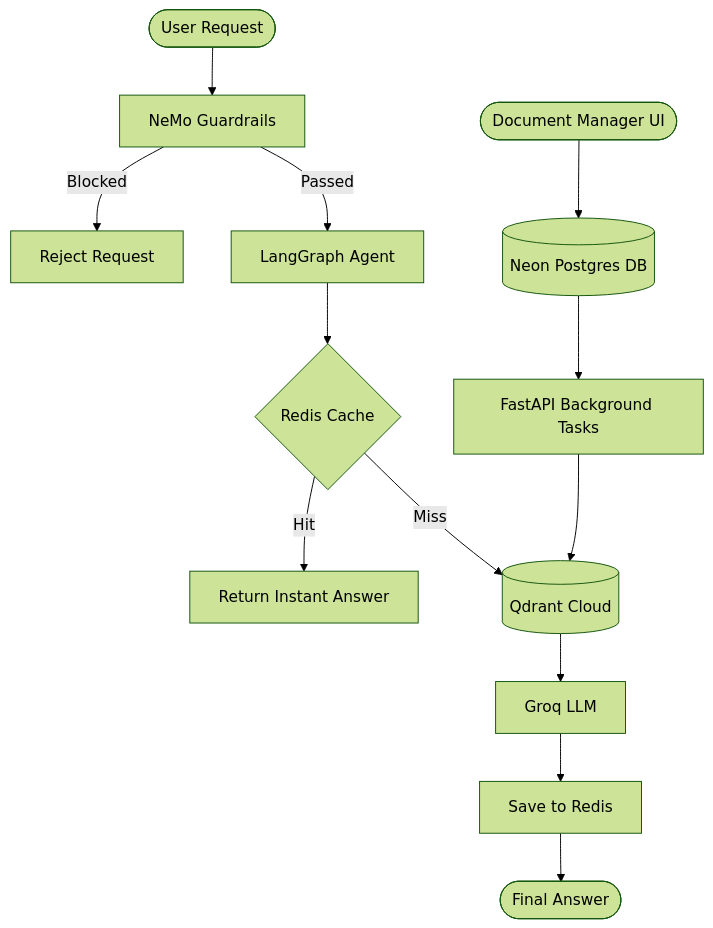
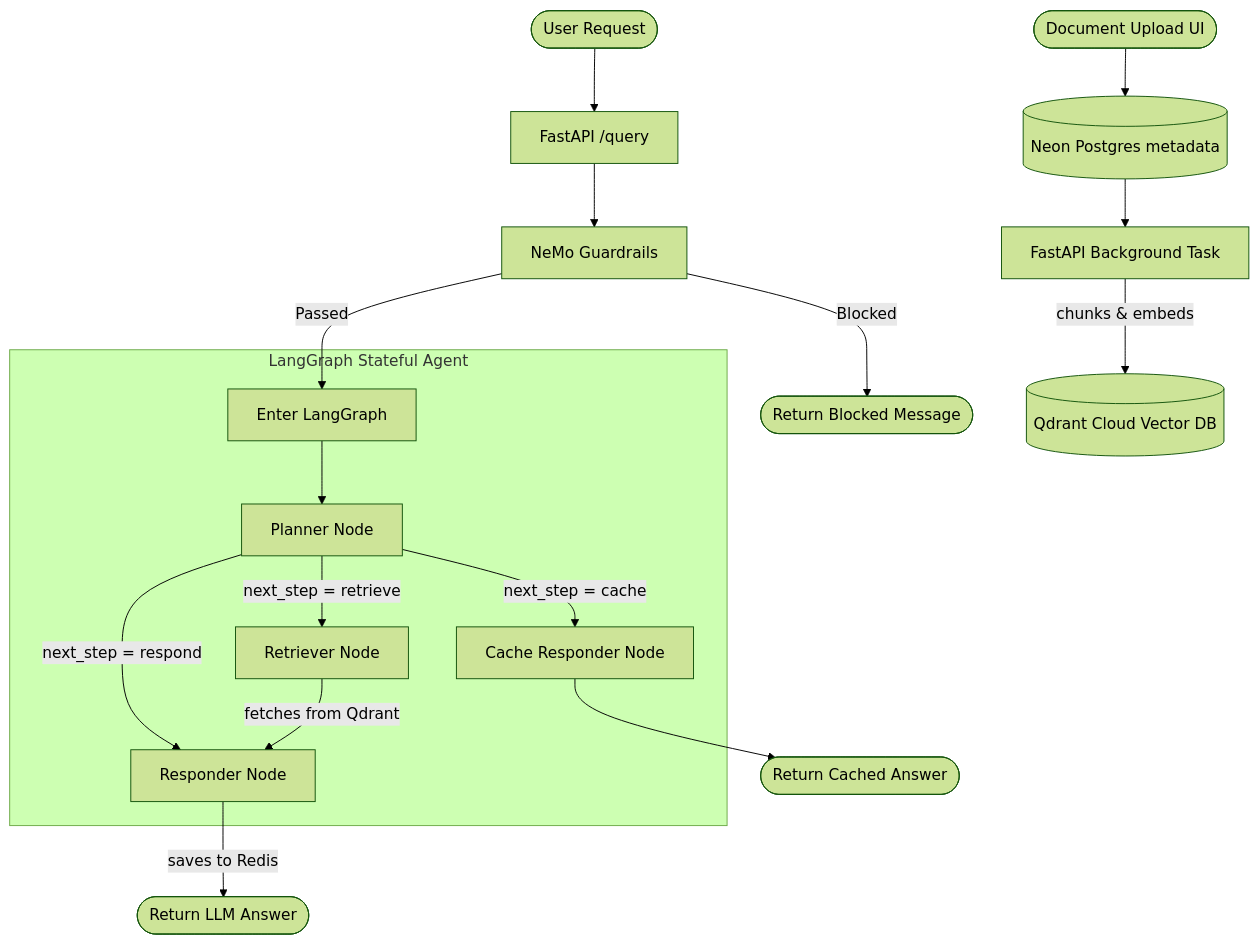
One commit to Manishydvv/Agentic-rag changed the diagram in README.md. Above: the diagram before and after it, drawn with Mermaid (forest theme).

Commit message:
Update docs and add CI pipeline [skip ci]

````diff
--- a/README.md
+++ b/README.md
@@ -25,18 +25,30 @@
 ```mermaid
 graph TD
-    User([User Request]) --> Guardrails[NeMo Guardrails]
-    Guardrails -- Blocked --> Reject[Reject Request]
-    Guardrails -- Passed --> Router[LangGraph Agent]
+    %% Main API Flow
+    User([User Request]) --> API[FastAPI /query]
+    API --> Guardrails[NeMo Guardrails]
     
-    Router --> CacheCheck{Redis Cache}
-    CacheCheck -- Hit --> ReturnCache[Return Instant Answer]
-    CacheCheck -- Miss --> Qdrant[(Qdrant Cloud)]
+    %% Guardrails
+    Guardrails -- Blocked --> Reject([Return Blocked Message])
+    Guardrails -- Passed --> GraphEntry[Enter LangGraph]
     
-    Qdrant --> LLM[Groq LLM]
-    LLM --> CacheSave[Save to Redis]
-    CacheSave --> Output([Final Answer])
+    %% LangGraph Flow
+    subgraph LangGraph [LangGraph Stateful Agent]
+        GraphEntry --> Planner[Planner Node]
+        
+        Planner -- next_step = cache --> CacheResponder[Cache Responder Node]
+        Planner -- next_step = retrieve --> Retriever[Retriever Node]
+        Planner -- next_step = respond --> Responder[Responder Node]
+        
+        Retriever -- fetches from Qdrant --> Responder
+    end
     
-    UI([Document Manager UI]) --> Postgres[(Neon Postgres DB)]
-    Postgres --> Ingestion[FastAPI Background Tasks]
-    Ingestion --> Qdrant
+    %% Exits
+    CacheResponder --> ReturnCache([Return Cached Answer])
+    Responder -- saves to Redis --> ReturnAnswer([Return LLM Answer])
+    
+    %% Document Ingestion (Background)
+    UI([Document Upload UI]) --> DB[(Neon Postgres metadata)]
+    DB --> BgTask[FastAPI Background Task]
+    BgTask -- chunks & embeds --> Qdrant[(Qdrant Cloud Vector DB)]
 ```
````
